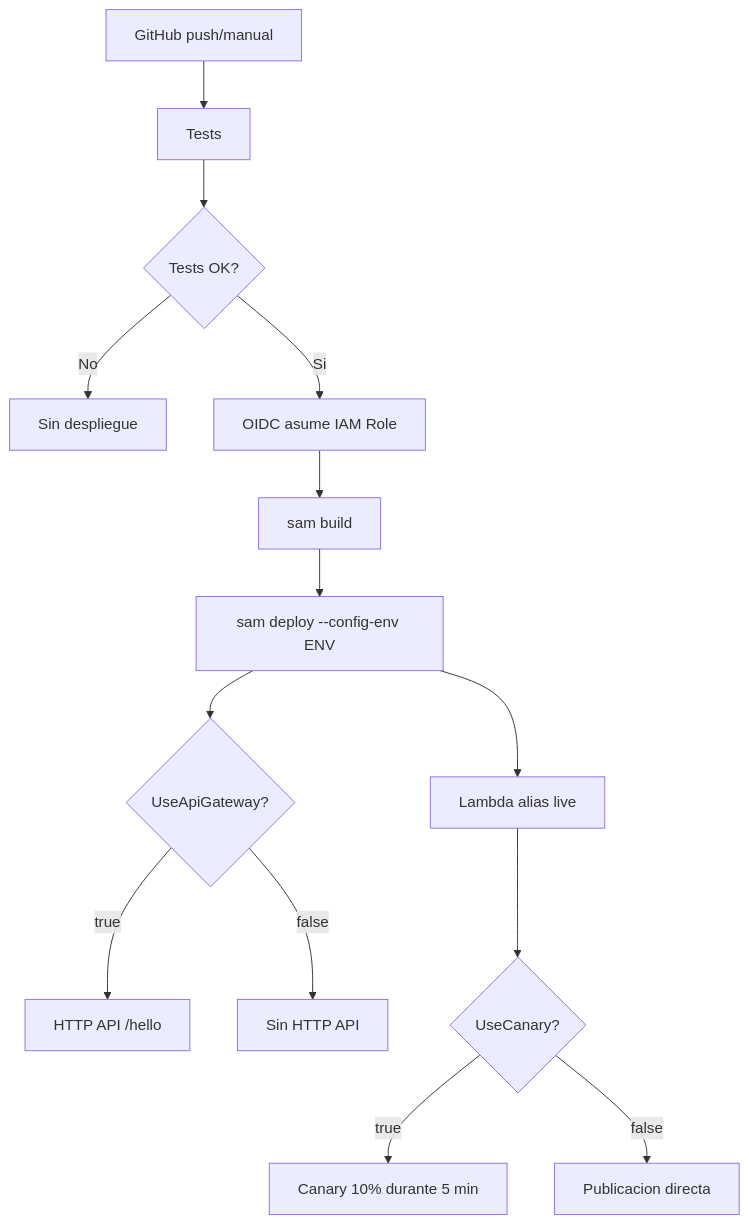
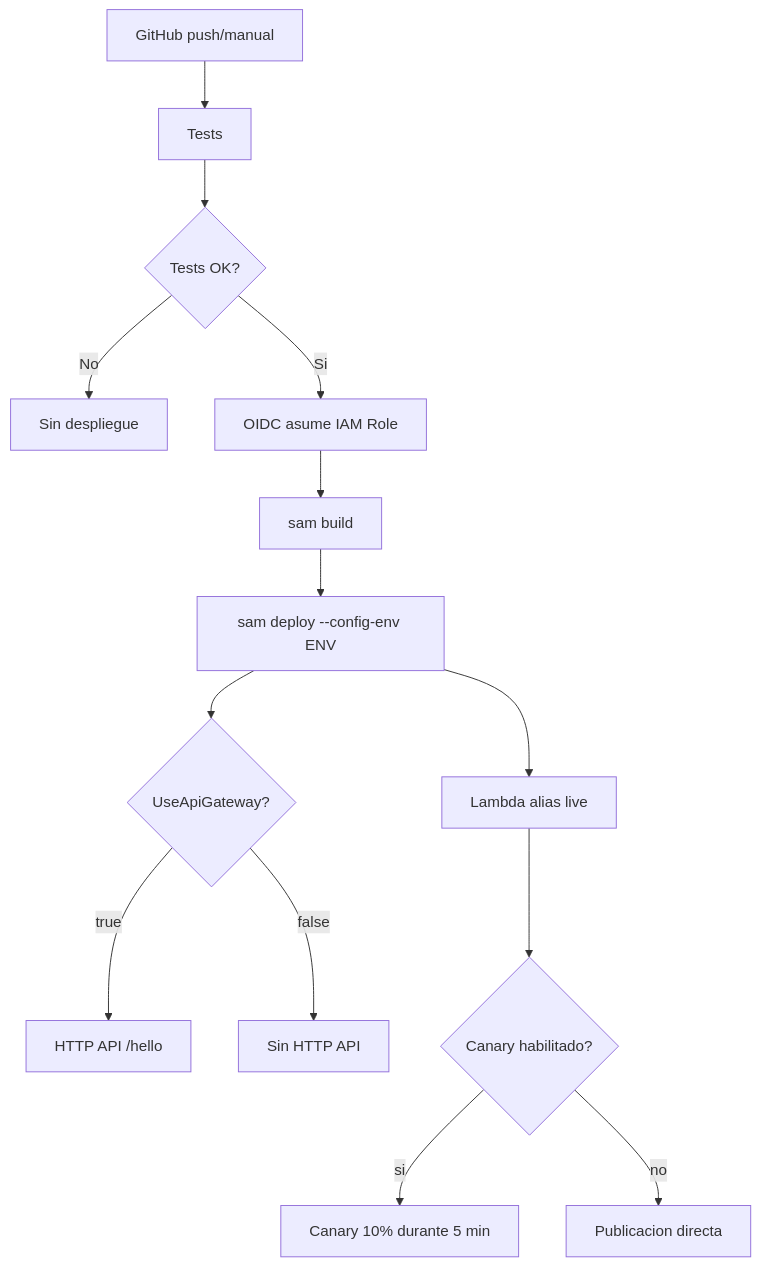
Before and after one commit to VanGoMu/lambda-deploy: the diagram in README.md, drawn with Mermaid. The commit also changed other lines of this file, not shown here.

````diff
--- a/README.md
+++ b/README.md
@@ -82,16 +82,16 @@
 ```mermaid
 flowchart TD
 		P[GitHub push/manual] --> T[Tests]
 		T --> V{Tests OK?}
 		V -->|No| X[Sin despliegue]
 		V -->|Si| O[OIDC asume IAM Role]
 		O --> S[sam build]
 		S --> D[sam deploy --config-env ENV]
 		D --> L[Lambda alias live]
 		D --> A{UseApiGateway?}
 		A -->|true| H[HTTP API /hello]
 		A -->|false| N[Sin HTTP API]
-		L --> C{UseCanary?}
-		C -->|true| K[Canary 10% durante 5 min]
-		C -->|false| R[Publicacion directa]
+		L --> C{Canary habilitado?}
+		C -->|si| K[Canary 10% durante 5 min]
+		C -->|no| R[Publicacion directa]
 ```
````
